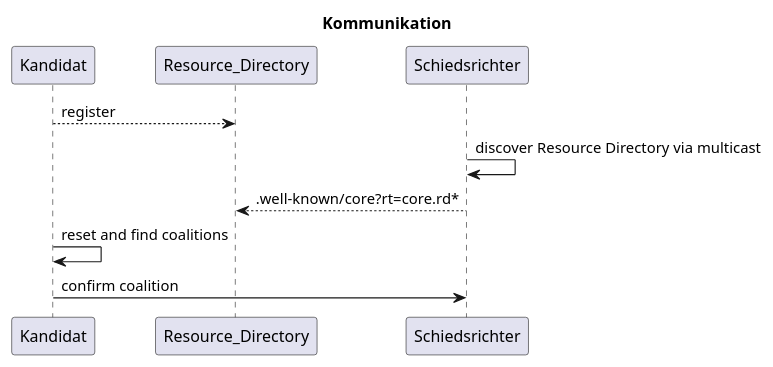
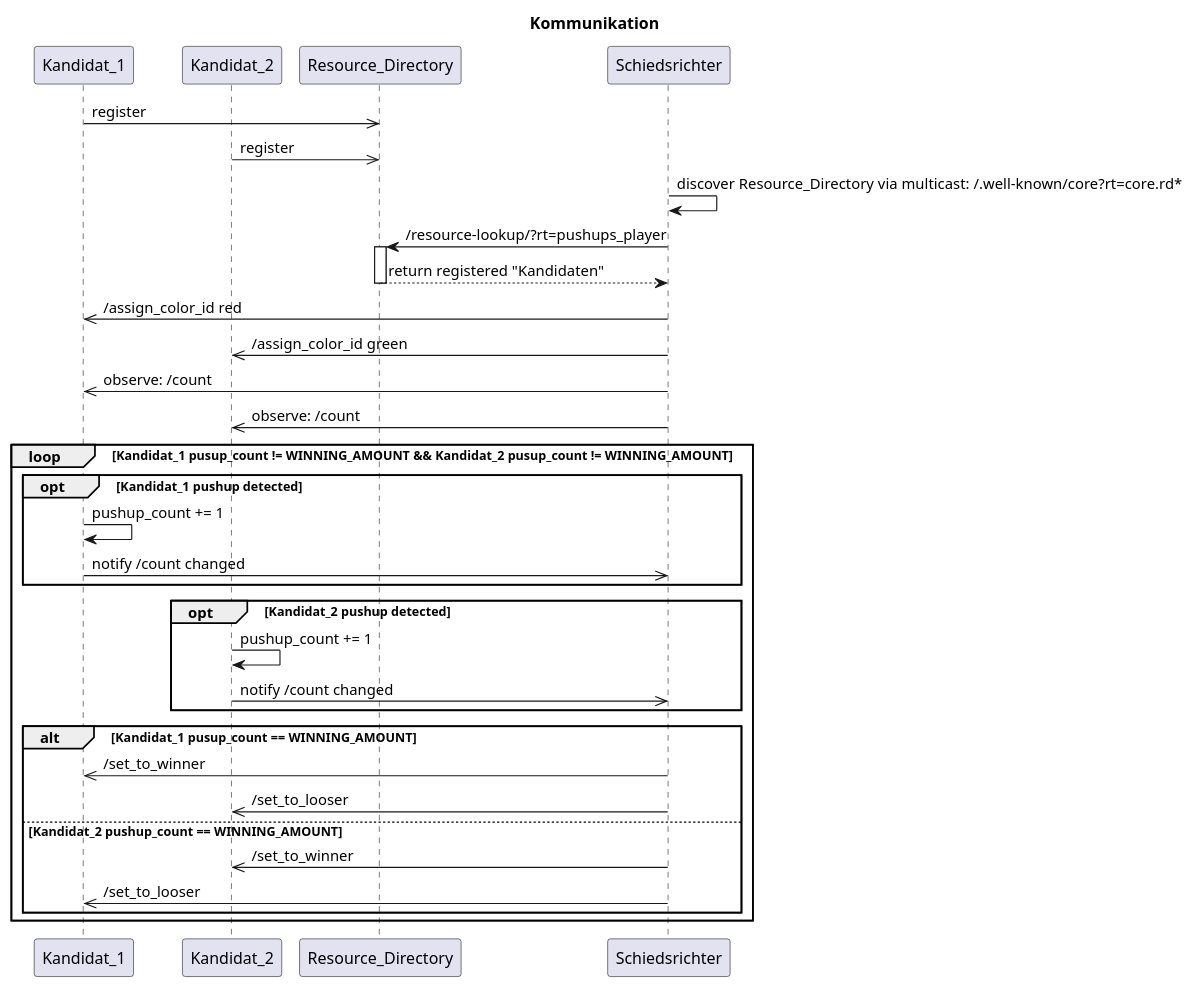
One commit to friedrichdudda/AIT05 changed the diagram in docs/communication.puml. Above: the diagram before and after it, drawn with PlantUML.

Commit message:
Improve diagram

```diff
--- a/docs/communication.puml
+++ b/docs/communication.puml
@@ -1,12 +1,38 @@
 @startuml
 title Kommunikation
 
-Kandidat --> Resource_Directory: register
+participant Kandidat_1
+participant Kandidat_2
+participant Resource_Directory
+participant Schiedsrichter
 
-Schiedsrichter -> Schiedsrichter: discover Resource Directory via multicast
-Schiedsrichter --> Resource_Directory: .well-known/core?rt=core.rd*
+Kandidat_1 ->> Resource_Directory: register
+Kandidat_2 ->> Resource_Directory: register
+Schiedsrichter -> Schiedsrichter: discover Resource_Directory via multicast: /.well-known/core?rt=core.rd*
+Schiedsrichter -> Resource_Directory: /resource-lookup/?rt=pushups_player
+activate Resource_Directory
+Resource_Directory --> Schiedsrichter: return registered "Kandidaten"
+deactivate Resource_Directory
+Schiedsrichter ->> Kandidat_1: /assign_color_id red
+Schiedsrichter ->> Kandidat_2: /assign_color_id green
+Schiedsrichter ->> Kandidat_1: observe: /count
+Schiedsrichter ->> Kandidat_2: observe: /count
+loop Kandidat_1 pusup_count != WINNING_AMOUNT && Kandidat_2 pusup_count != WINNING_AMOUNT
+    opt Kandidat_1 pushup detected
+        Kandidat_1 -> Kandidat_1: pushup_count += 1
+        Kandidat_1 ->> Schiedsrichter: notify /count changed
+    end
+    opt Kandidat_2 pushup detected
+        Kandidat_2 -> Kandidat_2: pushup_count += 1
+        Kandidat_2 ->> Schiedsrichter: notify /count changed
+    end
+    alt Kandidat_1 pusup_count == WINNING_AMOUNT
+        Schiedsrichter ->> Kandidat_1: /set_to_winner
+        Schiedsrichter ->> Kandidat_2: /set_to_looser
+    else Kandidat_2 pushup_count == WINNING_AMOUNT
+        Schiedsrichter ->> Kandidat_2: /set_to_winner
+        Schiedsrichter ->> Kandidat_1: /set_to_looser
+    end
+end
 
-
-Kandidat -> Kandidat: reset and find coalitions
-Kandidat -> Schiedsrichter: confirm coalition
 @enduml
```
